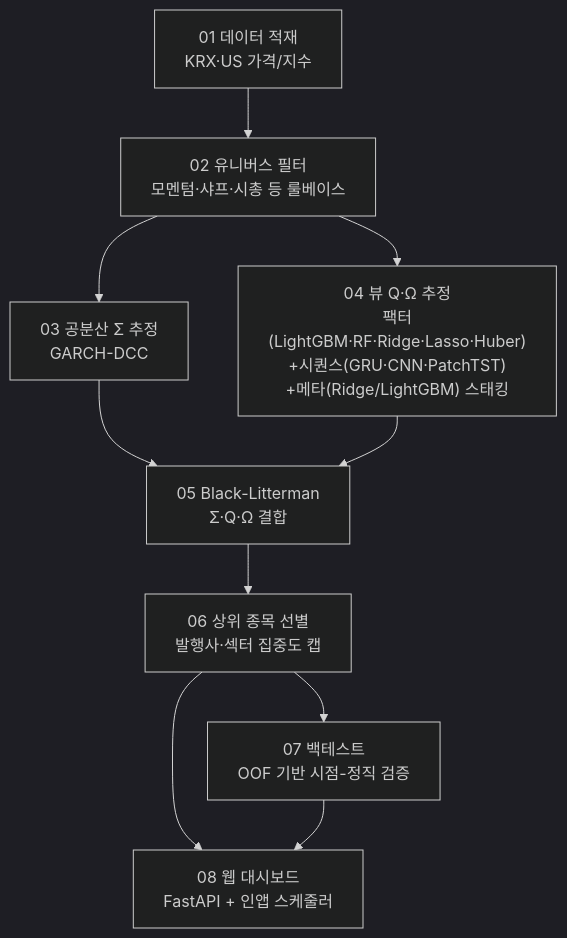
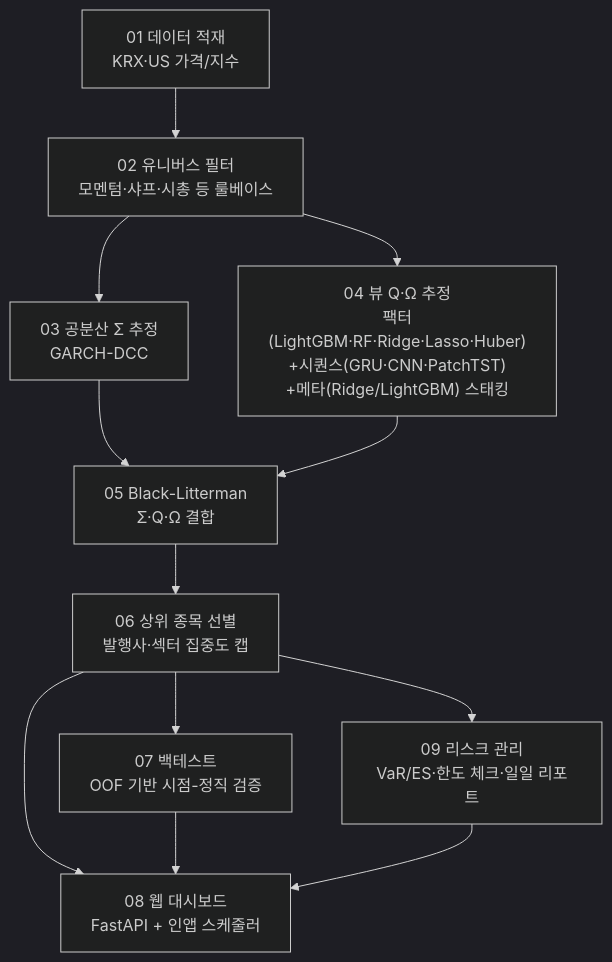
One commit to GongsonChan/Portfolio-project changed the diagram in README.md. Above: the diagram before and after it, drawn with Mermaid (dark theme). The commit also changed other lines of this file and 24 other files, not shown here.

````diff
--- a/README.md
+++ b/README.md
@@ -5,12 +5,14 @@
 ```mermaid
 flowchart TD
     A["01 데이터 적재<br/>KRX·US 가격/지수"] --> B["02 유니버스 필터<br/>모멘텀·샤프·시총 등 룰베이스"]
     B --> C["03 공분산 Σ 추정<br/>GARCH-DCC"]
     B --> D["04 뷰 Q·Ω 추정<br/>팩터(LightGBM·RF·Ridge·Lasso·Huber)<br/>+시퀀스(GRU·CNN·PatchTST)<br/>+메타(Ridge/LightGBM) 스태킹"]
     C --> E["05 Black-Litterman<br/>Σ·Q·Ω 결합"]
     D --> E
     E --> F["06 상위 종목 선별<br/>발행사·섹터 집중도 캡"]
     F --> G["07 백테스트<br/>OOF 기반 시점-정직 검증"]
     F --> H["08 웹 대시보드<br/>FastAPI + 인앱 스케줄러"]
+    F --> I["09 리스크 관리<br/>VaR/ES·한도 체크·일일 리포트"]
     G --> H
+    I --> H
 ```
````
